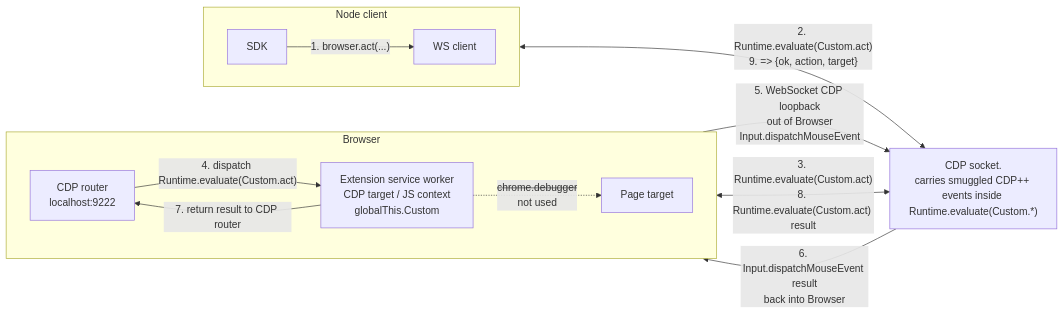
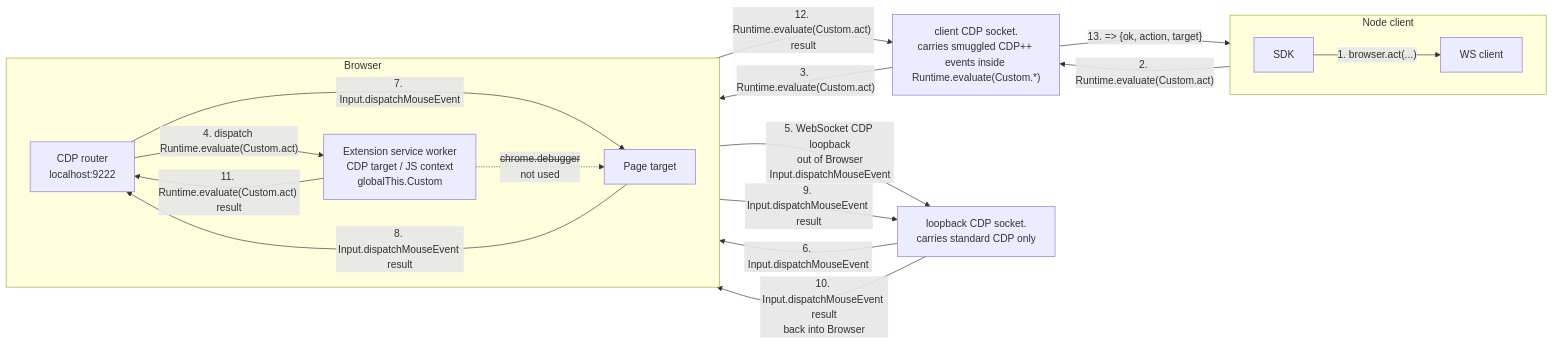
The third of 4 diagrams in README.md (pirate/chrome-cdp-extension-bridge), drawn with Mermaid before and after one commit. The commit also changed other lines of this file, not shown here.

Commit message:
fix diagrams

````diff
--- a/README.md
+++ b/README.md
@@ -105,26 +105,33 @@
 ```mermaid
 flowchart LR
   subgraph Node["Node client"]
     direction LR
     SDK["SDK"]
     WS["WS client"]
     SDK -->|"1. browser.act(...)"| WS
   end
 
   subgraph Browser["Browser"]
     direction LR
     CDP["CDP router<br/>localhost:9222"]
     SW["Extension service worker<br/>CDP target / JS context<br/>globalThis.Custom"]
     Page["Page target"]
     CDP -->|"4. dispatch Runtime.evaluate(Custom.act)"| SW
+    CDP -->|"7. Input.dispatchMouseEvent"| Page
+    Page -->|"8. Input.dispatchMouseEvent result"| CDP
     SW -. "<s>chrome.debugger</s><br/>not used" .-> Page
   end
 
-  Socket["CDP socket.<br/>carries smuggled CDP++ events inside Runtime.evaluate(Custom.*)"]
+  ClientSocket["client CDP socket.<br/>carries smuggled CDP++ events inside Runtime.evaluate(Custom.*)"]
+  LoopbackSocket["loopback CDP socket.<br/>carries standard CDP only"]
 
-  WS <-->|"2. Runtime.evaluate(Custom.act)<br/>9. => {ok, action, target}"| Socket
-  Socket <-->|"3. Runtime.evaluate(Custom.act)<br/>8. Runtime.evaluate(Custom.act) result"| CDP
-  SW -->|"5. WebSocket CDP loopback<br/>out of Browser<br/>Input.dispatchMouseEvent"| Socket
-  Socket -->|"6. Input.dispatchMouseEvent result<br/>back into Browser"| SW
-  SW -->|"7. return result to CDP router"| CDP
+  WS -->|"2. Runtime.evaluate(Custom.act)"| ClientSocket
+  ClientSocket -->|"3. Runtime.evaluate(Custom.act)"| CDP
+  SW -->|"5. WebSocket CDP loopback<br/>out of Browser<br/>Input.dispatchMouseEvent"| LoopbackSocket
+  LoopbackSocket -->|"6. Input.dispatchMouseEvent"| CDP
+  CDP -->|"9. Input.dispatchMouseEvent result"| LoopbackSocket
+  LoopbackSocket -->|"10. Input.dispatchMouseEvent result<br/>back into Browser"| SW
+  SW -->|"11. Runtime.evaluate(Custom.act) result"| CDP
+  CDP -->|"12. Runtime.evaluate(Custom.act) result"| ClientSocket
+  ClientSocket -->|"13. => {ok, action, target}"| WS
 ```
````
